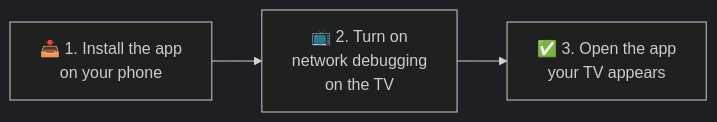
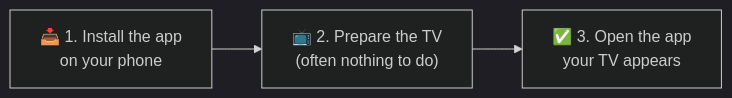
One commit to mbnetworku/Android-TV-remote-application. changed the diagram in README.md. Above: the diagram before and after it, drawn with Mermaid (dark theme). The commit also changed other lines of this file and 22 other files, not shown here.

````diff
--- a/README.md
+++ b/README.md
@@ -107,5 +131,5 @@
 ```mermaid
 flowchart LR
-    A["📥 1. Install the app<br/>on your phone"] --> B["📺 2. Turn on<br/>network debugging<br/>on the TV"]
+    A["📥 1. Install the app<br/>on your phone"] --> B["📺 2. Prepare the TV<br/>(often nothing to do)"]
     B --> C["✅ 3. Open the app<br/>your TV appears"]
 ```
````
